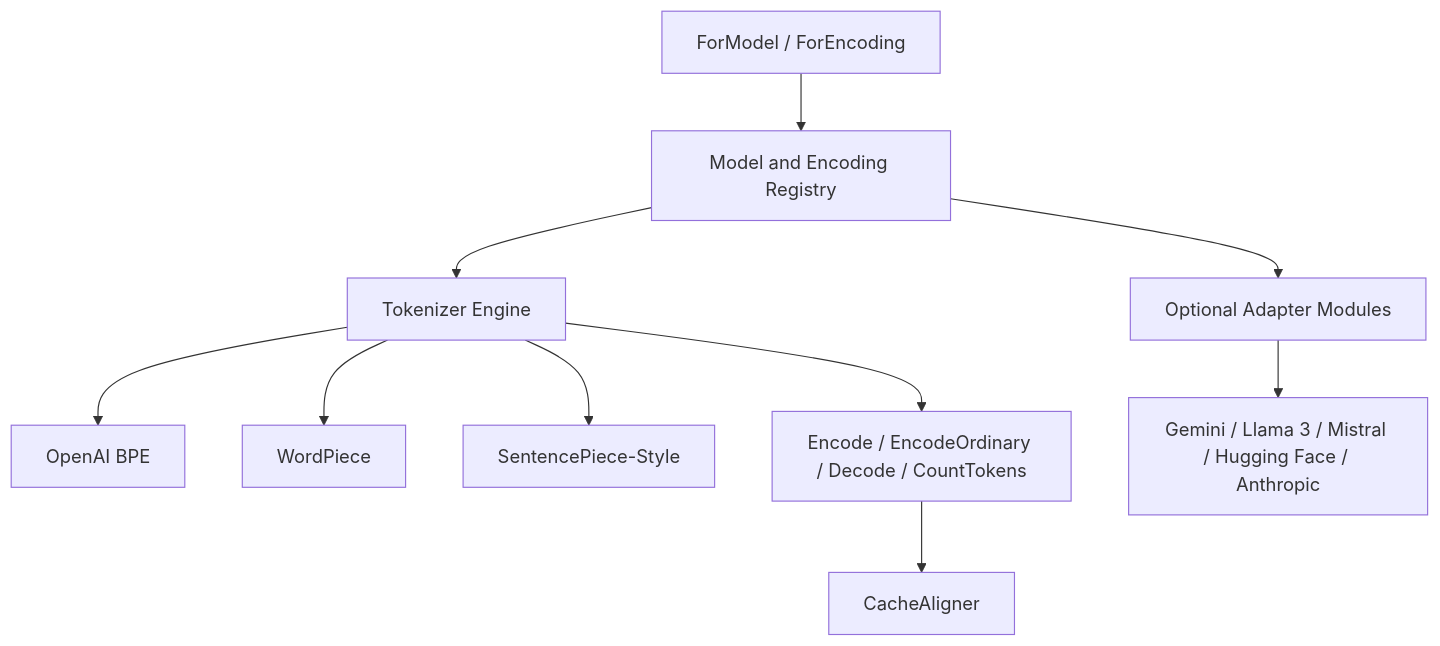
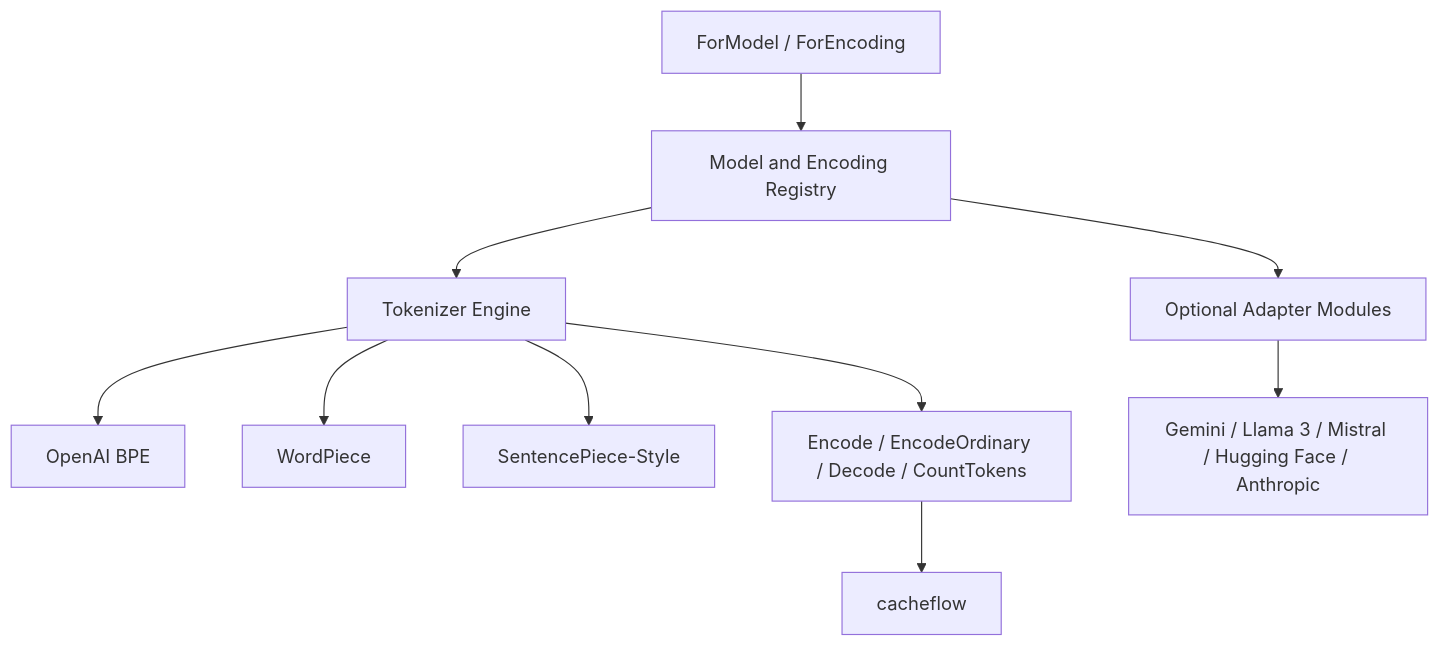
Before and after one commit to ron2111/omnitoken: the diagram in docs/architecture.md, drawn with Mermaid. The commit also changed 14 other files, not shown here.

````diff
--- a/docs/architecture.md
+++ b/docs/architecture.md
@@ -5,12 +5,12 @@
 ```mermaid
 flowchart TD
     A[ForModel / ForEncoding] --> B[Model and Encoding Registry]
     B --> C[Tokenizer Engine]
     C --> D[OpenAI BPE]
     C --> E[WordPiece]
     C --> F[SentencePiece-Style]
     B --> I[Optional Adapter Modules]
     I --> J[Gemini / Llama 3 / Mistral / Hugging Face / Anthropic]
     C --> G[Encode / EncodeOrdinary / Decode / CountTokens]
-    G --> H[CacheAligner]
+    G --> H[cacheflow]
 ```
````
